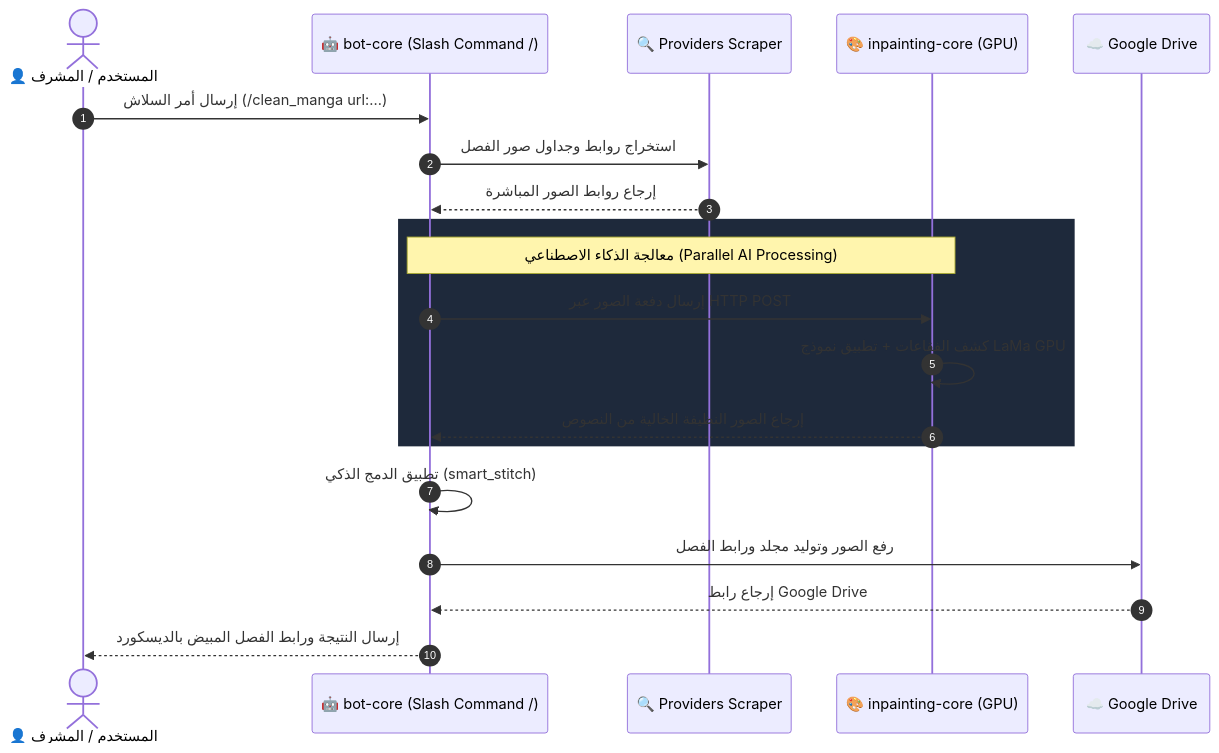
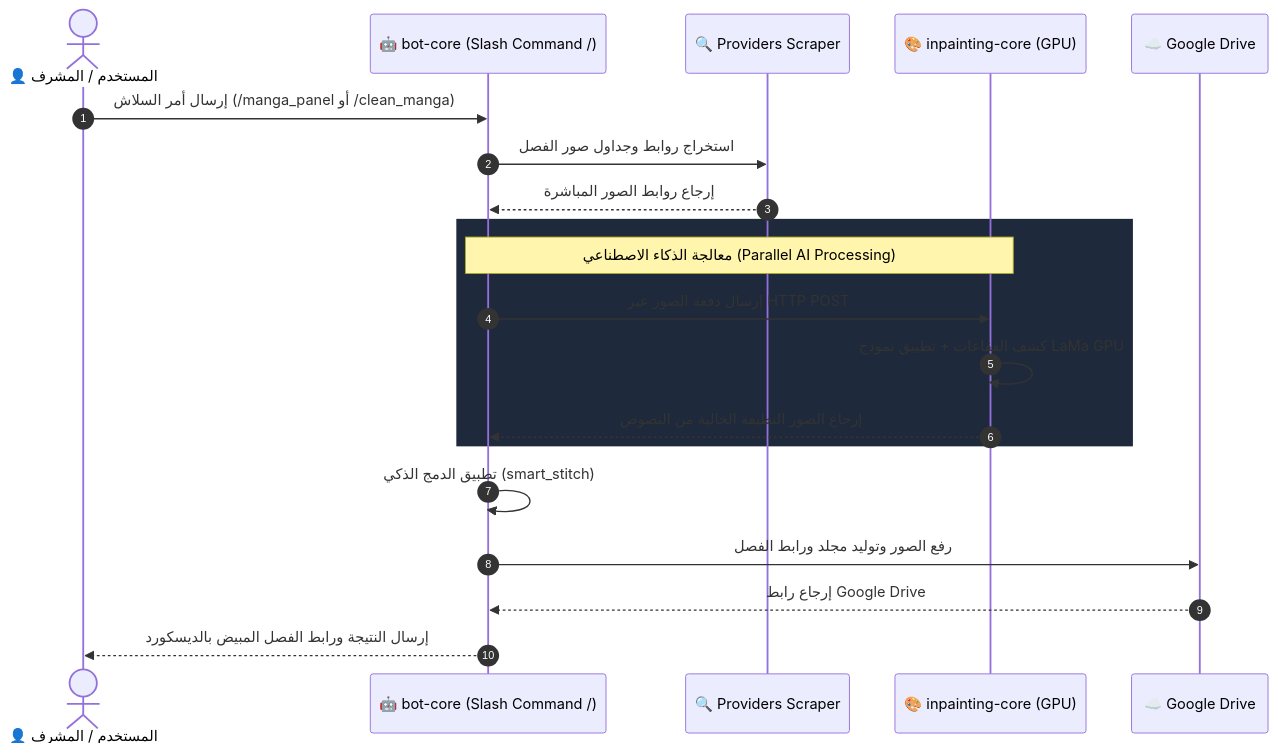
The diagram in README.md (more249-s/dis-inpainting), drawn with Mermaid before and after one commit. The commit also changed other lines of this file and 2 other files, not shown here.

Commit message:
Fix: Enable /manga_panel & /stitch_drive slash commands and update documentation

````diff
--- a/README.md
+++ b/README.md
@@ -101,25 +103,25 @@
 ```mermaid
 sequenceDiagram
     autonumber
     actor User as 👤 المستخدم / المشرف
     participant Bot as 🤖 bot-core (Slash Command /)
     participant Scraper as 🔍 Providers Scraper
     participant Inpaint as 🎨 inpainting-core (GPU)
     participant Drive as ☁️ Google Drive
 
-    User->>Bot: إرسال أمر السلاش (/clean_manga url:...)
+    User->>Bot: إرسال أمر السلاش (/manga_panel أو /clean_manga)
     Bot->>Scraper: استخراج روابط وجداول صور الفصل
     Scraper-->>Bot: إرجاع روابط الصور المباشرة
     
     rect rgb(30, 41, 59)
         note over Bot,Inpaint: معالجة الذكاء الاصطناعي (Parallel AI Processing)
         Bot->>Inpaint: إرسال دفعة الصور عبر HTTP POST
         Inpaint->>Inpaint: كشف الفقاعات + تطبيق نموذج LaMa GPU
         Inpaint-->>Bot: إرجاع الصور النظيفة الخالية من النصوص
     end
 
     Bot->>Bot: تطبيق الدمج الذكي (smart_stitch)
     Bot->>Drive: رفع الصور وتوليد مجلد ورابط الفصل
     Drive-->>Bot: إرجاع رابط Google Drive
     Bot-->>User: إرسال النتيجة ورابط الفصل المبيض بالديسكورد
 ```
````
